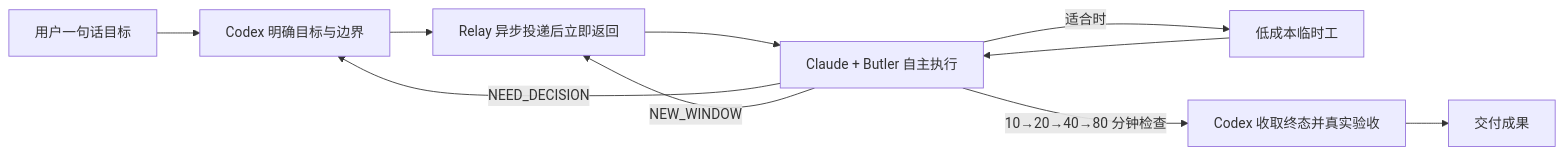
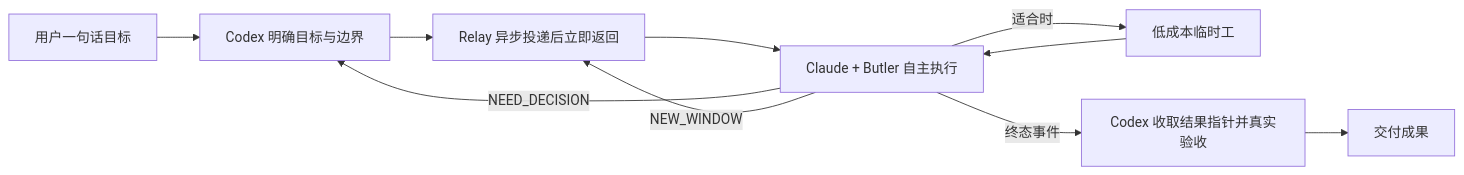
The diagram in README.md (xiaogege6697/codex-butler-relay), drawn with Mermaid before and after one commit. The commit also changed other lines of this file and 8 other files, not shown here.

````diff
--- a/README.md
+++ b/README.md
@@ -26,12 +26,12 @@
 ```mermaid
 flowchart LR
     U[用户一句话目标] --> C[Codex 明确目标与边界]
     C --> R[Relay 异步投递后立即返回]
     R --> B[Claude + Butler 自主执行]
     B -->|适合时| W[低成本临时工]
     W --> B
-    B -->|10→20→40→80 分钟检查| V[Codex 收取终态并真实验收]
+    B -->|终态事件| V[Codex 收取结果指针并真实验收]
     B -->|NEED_DECISION| C
     B -->|NEW_WINDOW| R
     V --> O[交付成果]
 ```
````
